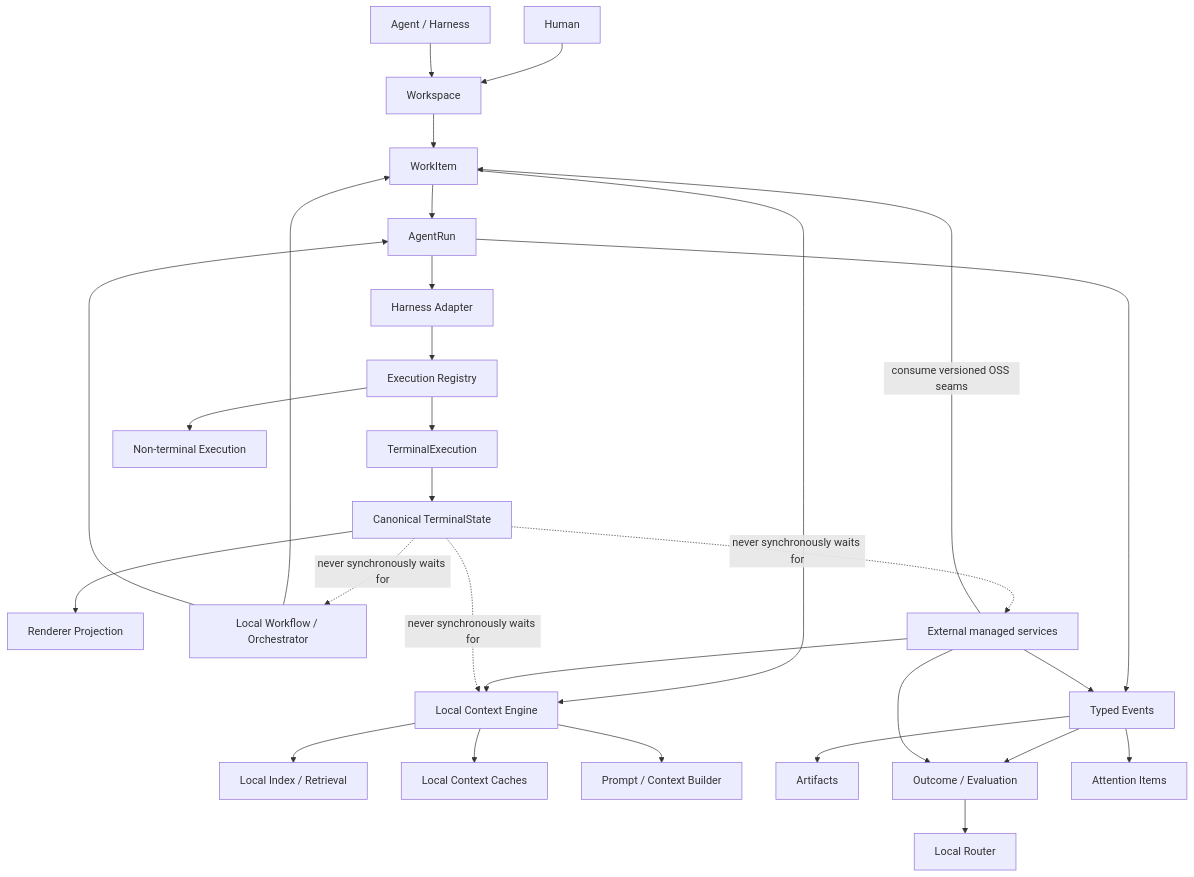
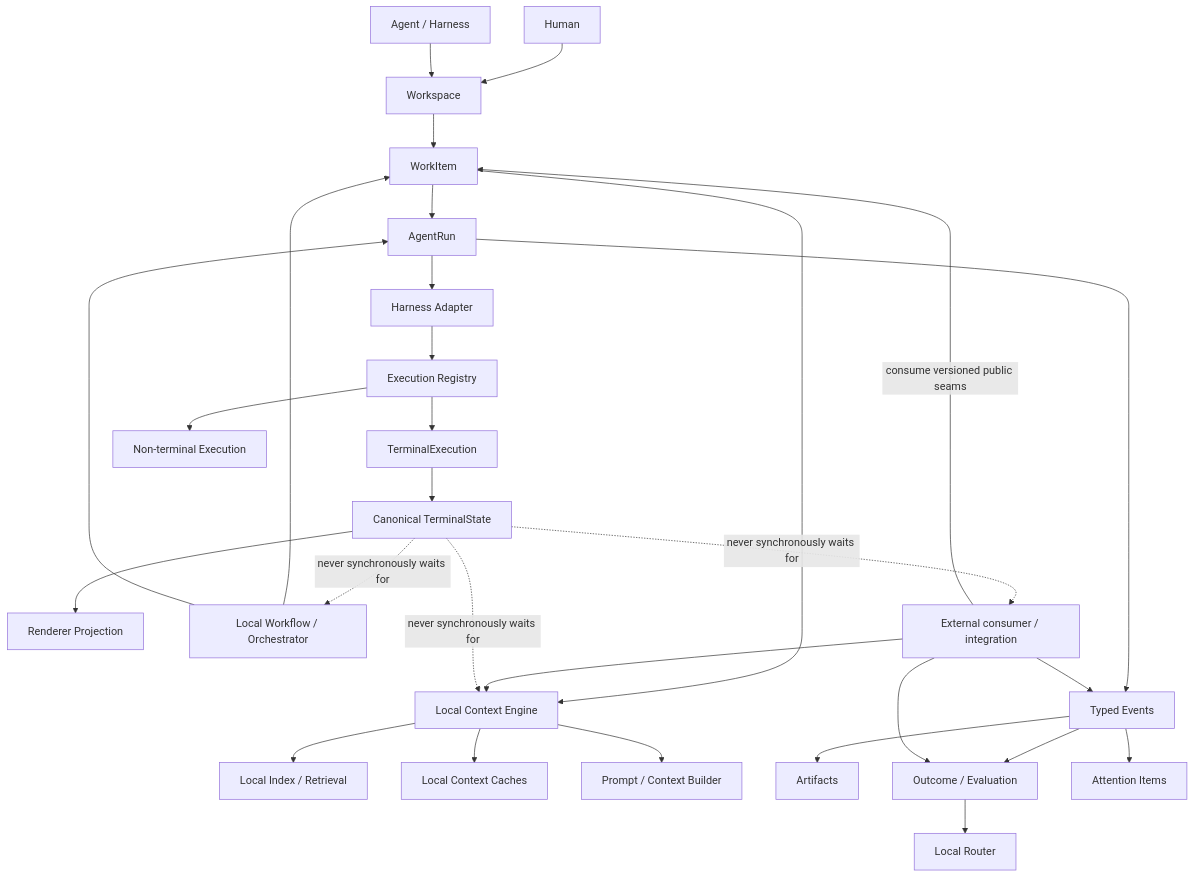
One commit to mahboobmonnamd/seyal changed the first of 2 diagrams in docs/architecture/SEYAL-AGENT-PLATFORM-RD-PLAN-001.md. Above: the diagram before and after it, drawn with Mermaid. The commit also changed other lines of this file, not shown here.

Commit message:
docs: make agent platform R&D plan OSS-only

````diff
--- a/docs/architecture/SEYAL-AGENT-PLATFORM-RD-PLAN-001.md
+++ b/docs/architecture/SEYAL-AGENT-PLATFORM-RD-PLAN-001.md
@@ -50,36 +34,36 @@
 ```mermaid
 flowchart TB
     H[Human] --> W[Workspace]
     A[Agent / Harness] --> W
     W --> WI[WorkItem]
     WI --> AR[AgentRun]
     AR --> HC[Harness Adapter]
     HC --> ER[Execution Registry]
     ER --> TE[TerminalExecution]
     ER --> NE[Non-terminal Execution]
     TE --> TS[Canonical TerminalState]
     TS --> RP[Renderer Projection]
 
     WI --> CE[Local Context Engine]
     CE --> IDX[Local Index / Retrieval]
     CE --> CACHE[Local Context Caches]
     CE --> PB[Prompt / Context Builder]
 
     AR --> EV[Typed Events]
     EV --> AT[Artifacts]
     EV --> O[Outcome / Evaluation]
     EV --> AI[Attention Items]
     O --> LR[Local Router]
 
     WF[Local Workflow / Orchestrator] --> WI
     WF --> AR
 
-    EXT[External managed services] -->|consume versioned OSS seams| WI
+    EXT[External consumer / integration] -->|consume versioned public seams| WI
     EXT --> CE
     EXT --> EV
     EXT --> O
 
     TS -. never synchronously waits for .-> CE
     TS -. never synchronously waits for .-> WF
     TS -. never synchronously waits for .-> EXT
 ```
````
